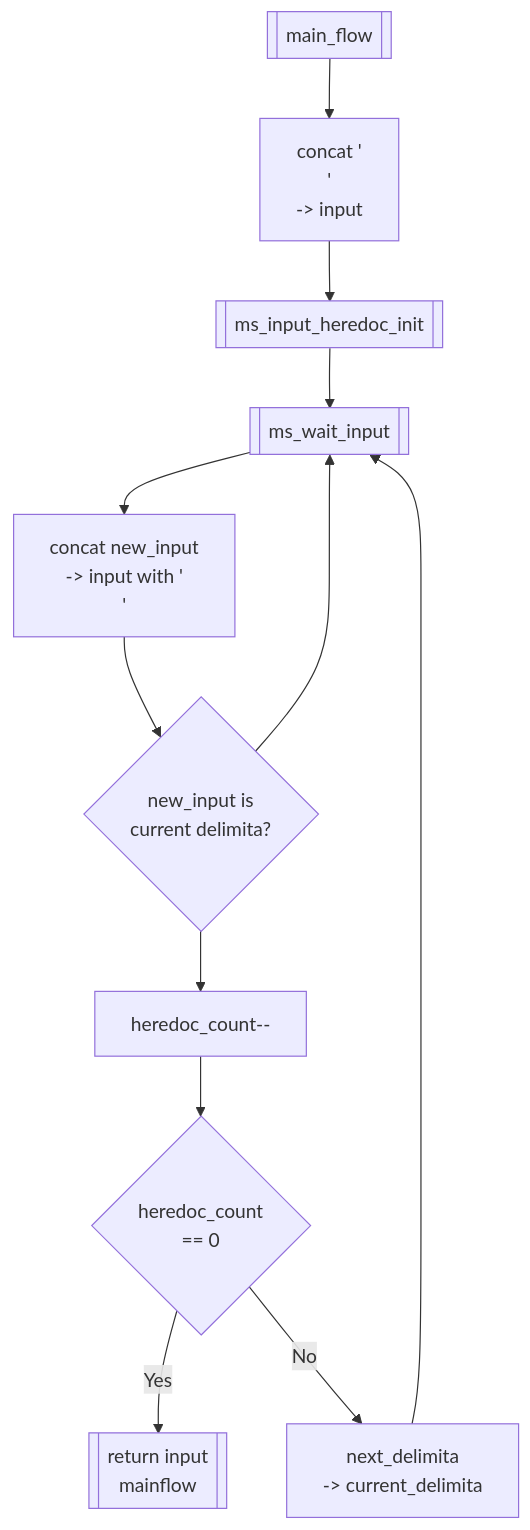
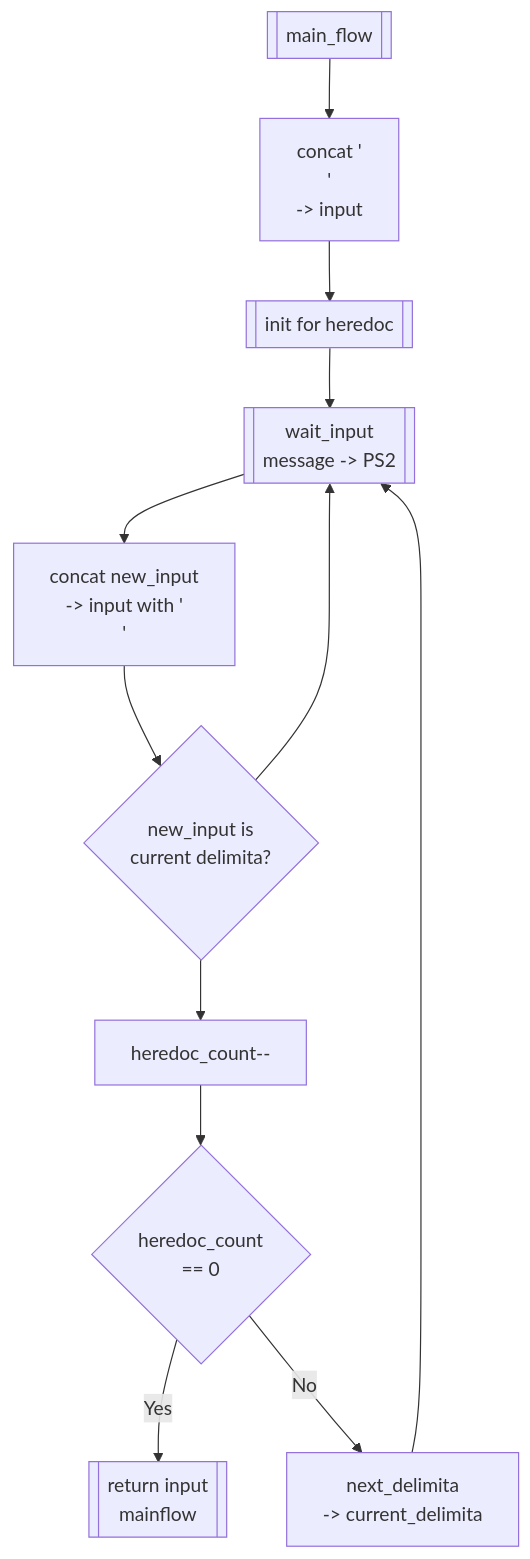
The second of 2 diagrams in docs/design_recive_input_2.md (PalmNeko/minishell), drawn with Mermaid before and after one commit. The commit also changed other lines of this file, not shown here.

````diff
--- a/docs/design_recive_input_2.md
+++ b/docs/design_recive_input_2.md
@@ -126,30 +102,31 @@
 ``` mermaid
 flowchart TD
 
 %%mainflow
 AA[["main_flow"]]
 AAA["concat '\n' 
 -> input"]
-A[["ms_input_heredoc_init"]]
-B[["ms_wait_input"]]
+A[["init for heredoc"]]
+B[["wait_input
+message -> PS2"]]
 C_1["concat new_input 
 -> input with '\n'"]
 C{new_input is 
 current delimita?}
 %%delimita
 C_2["heredoc_count--"]
 C_3{"heredoc_count
  == 0"}
 C_4["next_delimita
 -> current_delimita"]
 D[[return input
 mainflow]]
 
 
 
 AA --> AAA --> A --> B --> C_1 --> C
 C --> B 
 C --> C_2 --> C_3
 C_3 --> |Yes| D
 C_3 --> |No| C_4 --> B
 ```
````
